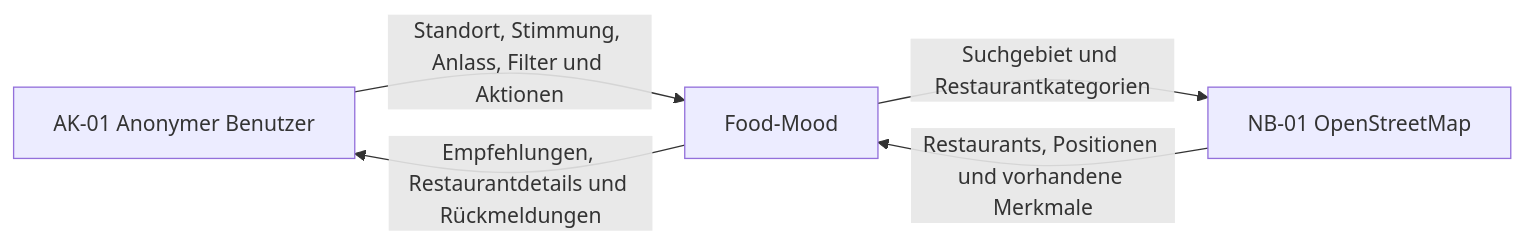
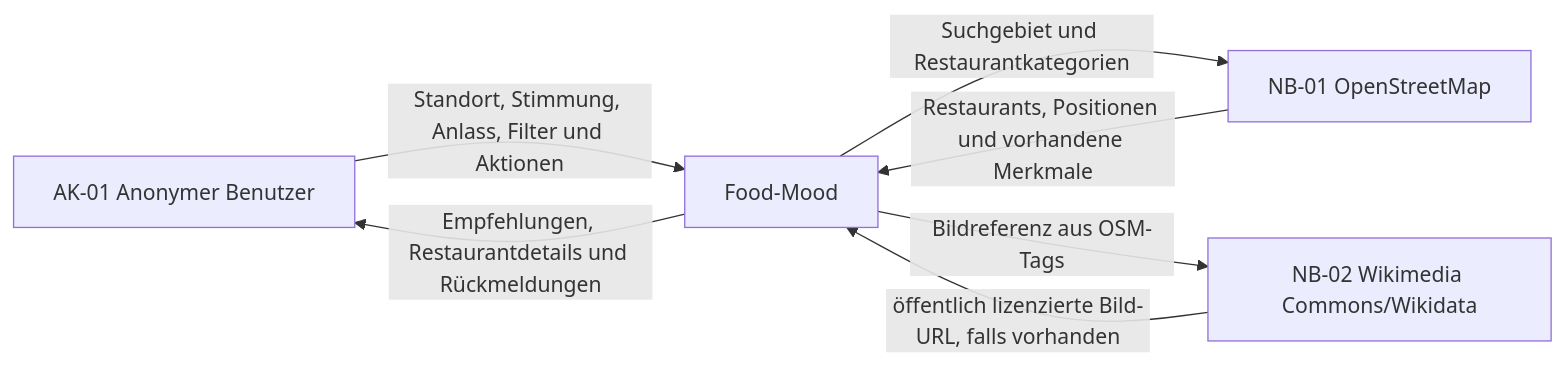
One commit to ahil-trq/thm_wk-1106_food-mood changed the first of 2 diagrams in docs/arch/A03-Kontextabgrenzung.md. Above: the diagram before and after it, drawn with Mermaid. The commit also changed other lines of this file and 2 other files, not shown here.

First line of the commit message:
docs: Wikimedia Commons/Wikidata als optionales Nachbarsystem dokumentieren

````diff
--- a/docs/arch/A03-Kontextabgrenzung.md
+++ b/docs/arch/A03-Kontextabgrenzung.md
@@ -11,11 +11,14 @@
 ```mermaid
 flowchart LR
     user["AK-01 Anonymer Benutzer"]
     system["Food-Mood"]
     osm["NB-01 OpenStreetMap"]
+    wikimedia["NB-02 Wikimedia Commons/Wikidata"]
 
     user -->|Standort, Stimmung, Anlass, Filter und Aktionen| system
     system -->|Empfehlungen, Restaurantdetails und Rückmeldungen| user
     system -->|Suchgebiet und Restaurantkategorien| osm
     osm -->|Restaurants, Positionen und vorhandene Merkmale| system
+    system -->|Bildreferenz aus OSM-Tags| wikimedia
+    wikimedia -->|öffentlich lizenzierte Bild-URL, falls vorhanden| system
 ```
````
